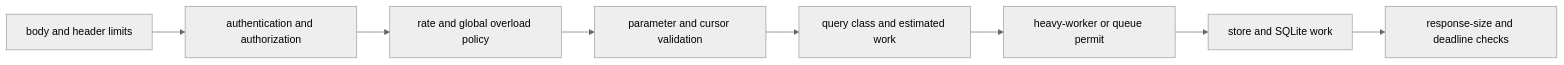
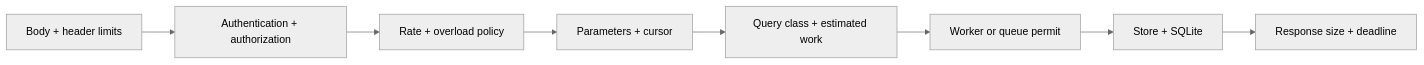
The second of 2 diagrams in docs/bijux-atlas/runtime/request-lifecycle.md (bijux/bijux-atlas), drawn with Mermaid (neutral theme) before and after one commit. The commit also changed other lines of this file and 2 other files, not shown here.

Commit message:
docs(data): connect dataset identity to request execution

````diff
--- a/docs/bijux-atlas/runtime/request-lifecycle.md
+++ b/docs/bijux-atlas/runtime/request-lifecycle.md
@@ -153,10 +89,10 @@
 ```mermaid
 flowchart LR
-    Edge[body and header limits] --> Auth[authentication and authorization]
-    Auth --> Rate[rate and global overload policy]
-    Rate --> Parse[parameter and cursor validation]
-    Parse --> Plan[query class and estimated work]
-    Plan --> Permit[heavy-worker or queue permit]
-    Permit --> Data[store and SQLite work]
-    Data --> Encode[response-size and deadline checks]
+    Edge[Body + header limits] --> Auth[Authentication + authorization]
+    Auth --> Rate[Rate + overload policy]
+    Rate --> Parse[Parameters + cursor]
+    Parse --> Plan[Query class + estimated work]
+    Plan --> Permit[Worker or queue permit]
+    Permit --> Data[Store + SQLite]
+    Data --> Encode[Response size + deadline]
 ```
````
